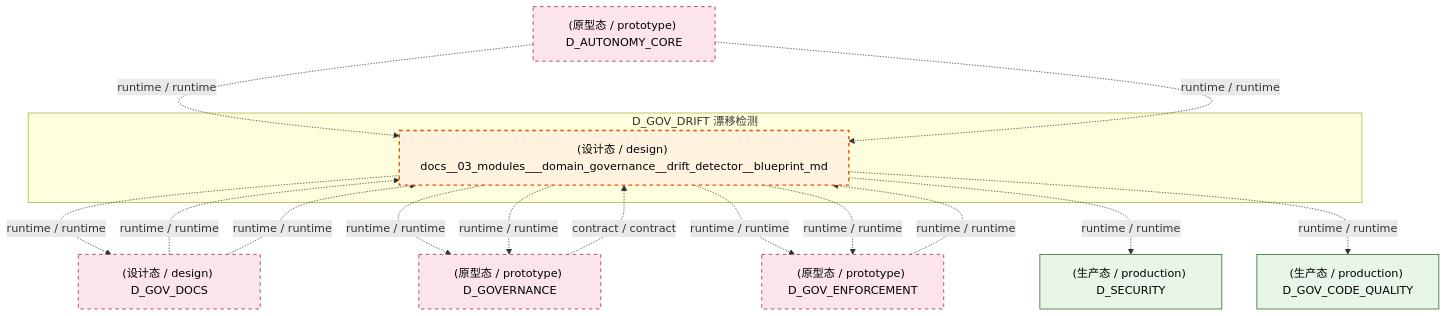
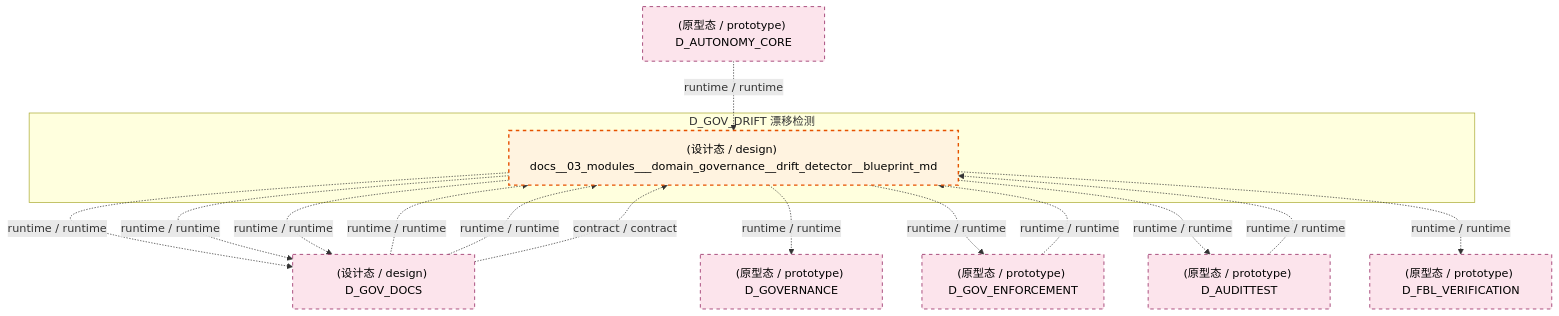
The fifth of 7 diagrams in docs/02_enterprise_architecture/02_domain_architecture_docs/39_d_gov_drift.md (xuanFelixVan/ZephyrAlpha), drawn with Mermaid before and after one commit. The commit also changed other lines of this file and 112 other files, not shown here.

````diff
--- a/docs/02_enterprise_architecture/02_domain_architecture_docs/39_d_gov_drift.md
+++ b/docs/02_enterprise_architecture/02_domain_architecture_docs/39_d_gov_drift.md
@@ -257,32 +467,31 @@
 ```mermaid
 graph TD
     subgraph D_GOV_DRIFT["D_GOV_DRIFT 漂移检测"]
         docs_03_modules_domain_governance_drift_detector_blueprint_md["(设计态 / design) docs__03_modules___domain_governance__drift_detector__blueprint_md"]
     end
     D_GOV_DOCS["(设计态 / design) D_GOV_DOCS"]
     docs_03_modules_domain_governance_drift_detector_blueprint_md -.->|runtime / runtime| D_GOV_DOCS
     D_GOVERNANCE["(原型态 / prototype) D_GOVERNANCE"]
     docs_03_modules_domain_governance_drift_detector_blueprint_md -.->|runtime / runtime| D_GOVERNANCE
     D_GOV_ENFORCEMENT["(原型态 / prototype) D_GOV_ENFORCEMENT"]
     docs_03_modules_domain_governance_drift_detector_blueprint_md -.->|runtime / runtime| D_GOV_ENFORCEMENT
-    D_SECURITY["(生产态 / production) D_SECURITY"]
-    docs_03_modules_domain_governance_drift_detector_blueprint_md -.->|runtime / runtime| D_SECURITY
-    D_GOV_CODE_QUALITY["(生产态 / production) D_GOV_CODE_QUALITY"]
-    docs_03_modules_domain_governance_drift_detector_blueprint_md -.->|runtime / runtime| D_GOV_CODE_QUALITY
-    docs_03_modules_domain_governance_drift_detector_blueprint_md -.->|runtime / runtime| D_GOV_ENFORCEMENT
-    docs_03_modules_domain_governance_drift_detector_blueprint_md -.->|runtime / runtime| D_GOVERNANCE
+    D_AUDITTEST["(原型态 / prototype) D_AUDITTEST"]
+    docs_03_modules_domain_governance_drift_detector_blueprint_md -.->|runtime / runtime| D_AUDITTEST
+    D_FBL_VERIFICATION["(原型态 / prototype) D_FBL_VERIFICATION"]
+    docs_03_modules_domain_governance_drift_detector_blueprint_md -.->|runtime / runtime| D_FBL_VERIFICATION
+    docs_03_modules_domain_governance_drift_detector_blueprint_md -.->|runtime / runtime| D_GOV_DOCS
+    docs_03_modules_domain_governance_drift_detector_blueprint_md -.->|runtime / runtime| D_GOV_DOCS
     D_GOV_ENFORCEMENT -.->|runtime / runtime| docs_03_modules_domain_governance_drift_detector_blueprint_md
     D_GOV_DOCS -.->|runtime / runtime| docs_03_modules_domain_governance_drift_detector_blueprint_md
     D_GOV_DOCS -.->|runtime / runtime| docs_03_modules_domain_governance_drift_detector_blueprint_md
-    D_GOVERNANCE -.->|contract / contract| docs_03_modules_domain_governance_drift_detector_blueprint_md
+    D_GOV_DOCS -.->|contract / contract| docs_03_modules_domain_governance_drift_detector_blueprint_md
     D_AUTONOMY_CORE["(原型态 / prototype) D_AUTONOMY_CORE"]
     D_AUTONOMY_CORE -.->|runtime / runtime| docs_03_modules_domain_governance_drift_detector_blueprint_md
-    D_AUTONOMY_CORE -.->|runtime / runtime| docs_03_modules_domain_governance_drift_detector_blueprint_md
+    D_AUDITTEST -.->|runtime / runtime| docs_03_modules_domain_governance_drift_detector_blueprint_md
     classDef production fill:#e1f5fe,stroke:#01579b,stroke-width:2px,color:#000
     classDef design fill:#fff3e0,stroke:#e65100,stroke-width:2px,color:#000,stroke-dasharray: 5 5
     classDef external_prod fill:#e8f5e9,stroke:#1b5e20,stroke-width:1px,color:#000
     classDef external_design fill:#fce4ec,stroke:#880e4f,stroke-width:1px,color:#000,stroke-dasharray: 5 5
     class docs_03_modules_domain_governance_drift_detector_blueprint_md design
-    class D_SECURITY,D_GOV_CODE_QUALITY external_prod
-    class D_GOV_DOCS,D_GOVERNANCE,D_GOV_ENFORCEMENT,D_AUTONOMY_CORE external_design
+    class D_GOV_DOCS,D_GOVERNANCE,D_GOV_ENFORCEMENT,D_AUDITTEST,D_FBL_VERIFICATION,D_AUTONOMY_CORE external_design
 ```
````
